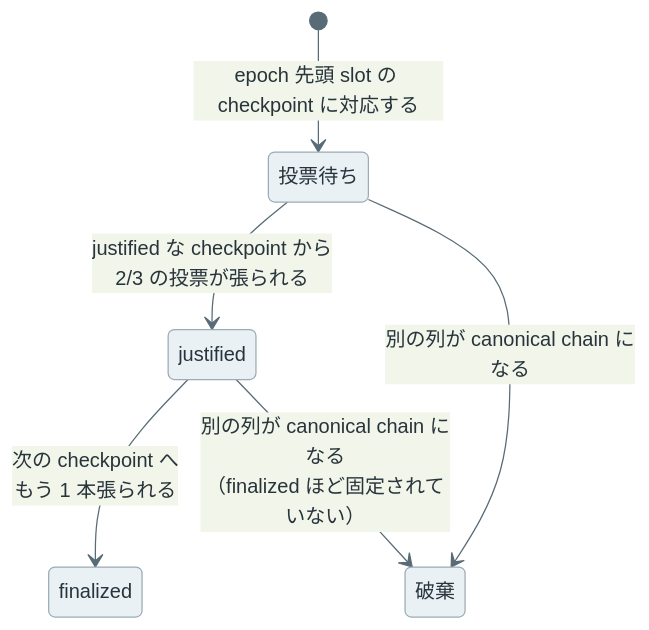
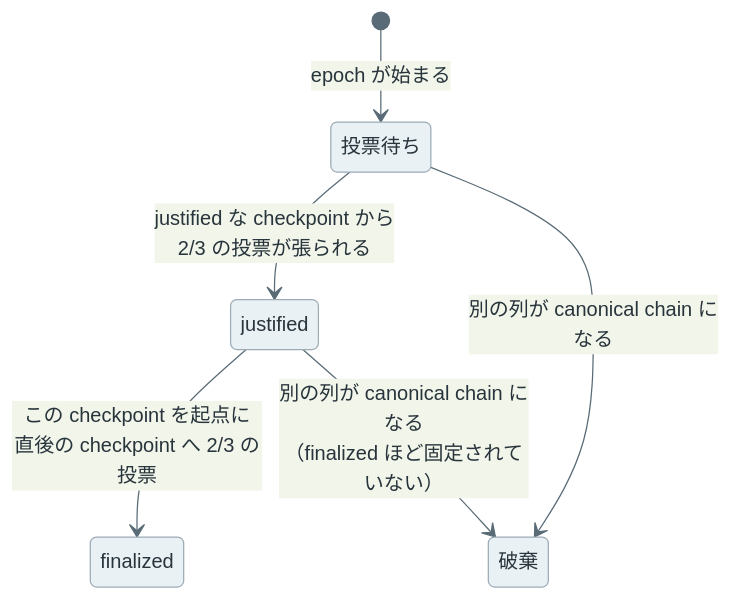
The fifth of 8 diagrams in content/notes/blockchain-systems/finality/index.md (nao1215/debimate), drawn with Mermaid before and after one commit. The commit also changed other lines of this file and 425 other files, not shown here.

````diff
--- a/content/notes/blockchain-systems/finality/index.md
+++ b/content/notes/blockchain-systems/finality/index.md
@@ -147,9 +164,9 @@
 ```mermaid
 %%{init: {"theme":"base","themeVariables":{"primaryColor":"#eaf1f5","primaryTextColor":"#28343b","primaryBorderColor":"#9cabb5","lineColor":"#596b76","textColor":"#28343b","actorBkg":"#eaf1f5","actorBorder":"#9cabb5","actorTextColor":"#28343b","actorLineColor":"#9cabb5","signalColor":"#596b76","signalTextColor":"#28343b","noteBkgColor":"#f7f1e5","noteBorderColor":"#c5b99b","noteTextColor":"#403c32","activationBkgColor":"#edf3ef","activationBorderColor":"#9aafa1"}}}%%
 stateDiagram-v2
-    [*] --> 投票待ち: epoch 先頭 slot の checkpoint に対応する
+    [*] --> 投票待ち: epoch が始まる
     投票待ち --> justified: justified な checkpoint から<br/>2/3 の投票が張られる
-    justified --> finalized: 次の checkpoint へ<br/>もう 1 本張られる
+    justified --> finalized: この checkpoint を起点に<br/>直後の checkpoint へ 2/3 の投票
     投票待ち --> 破棄: 別の列が canonical chain になる
     justified --> 破棄: 別の列が canonical chain になる<br/>（finalized ほど固定されていない）
 ```
````
